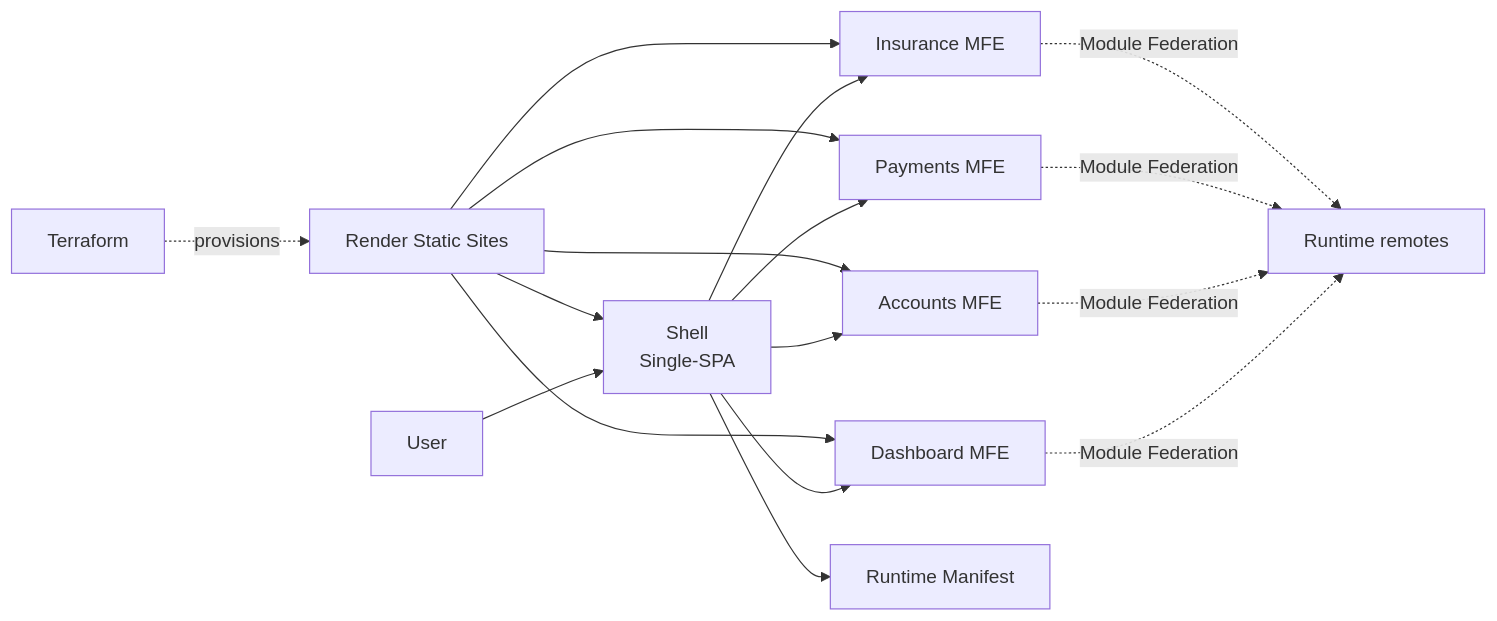
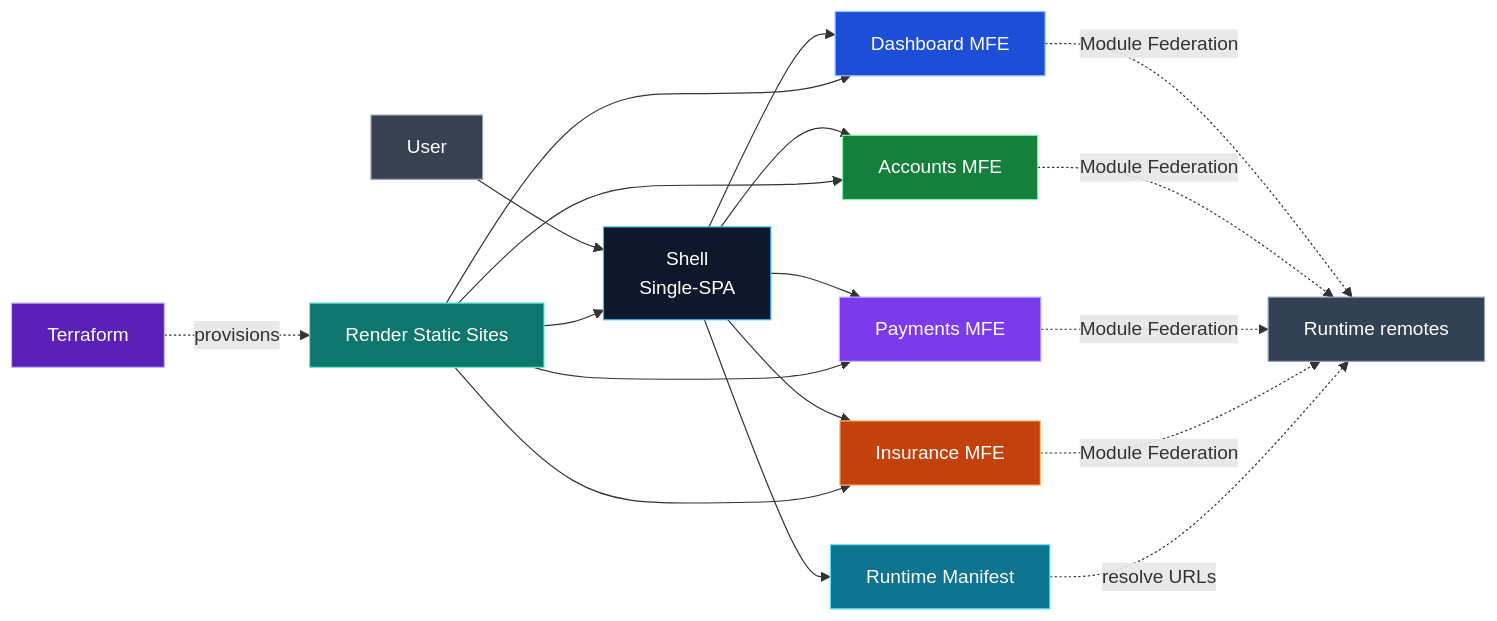
The first of 2 diagrams in README.en.md (Joseafs/financial-mfe-hub), drawn with Mermaid before and after one commit. The commit also changed other lines of this file and 1 other file, not shown here.

````diff
--- a/README.en.md
+++ b/README.en.md
@@ -40,23 +42,46 @@
 ```mermaid
 flowchart LR
   User["User"] --> Shell["Shell\nSingle-SPA"]
 
   Shell --> Dashboard["Dashboard MFE"]
   Shell --> Accounts["Accounts MFE"]
   Shell --> Payments["Payments MFE"]
   Shell --> Insurance["Insurance MFE"]
 
   Dashboard -. "Module Federation" .-> Runtime["Runtime remotes"]
   Accounts -. "Module Federation" .-> Runtime
   Payments -. "Module Federation" .-> Runtime
   Insurance -. "Module Federation" .-> Runtime
 
   Shell --> Manifest["Runtime Manifest"]
+  Manifest -. "resolve URLs" .-> Runtime
 
   Terraform["Terraform"] -. "provisions" .-> Render["Render Static Sites"]
   Render --> Shell
   Render --> Dashboard
   Render --> Accounts
   Render --> Payments
   Render --> Insurance
+
+  classDef user fill:#374151,stroke:#9CA3AF,color:#FFFFFF;
+  classDef render fill:#0F766E,stroke:#5EEAD4,color:#FFFFFF;
+  classDef shell fill:#0F172A,stroke:#38BDF8,color:#FFFFFF;
+  classDef dashboard fill:#1D4ED8,stroke:#93C5FD,color:#FFFFFF;
+  classDef accounts fill:#15803D,stroke:#86EFAC,color:#FFFFFF;
+  classDef payments fill:#7C3AED,stroke:#C4B5FD,color:#FFFFFF;
+  classDef insurance fill:#C2410C,stroke:#FDBA74,color:#FFFFFF;
+  classDef runtime fill:#334155,stroke:#94A3B8,color:#FFFFFF;
+  classDef manifest fill:#0E7490,stroke:#67E8F9,color:#FFFFFF;
+  classDef terraform fill:#5B21B6,stroke:#C4B5FD,color:#FFFFFF;
+
+  class User user;
+  class Render render;
+  class Shell shell;
+  class Dashboard dashboard;
+  class Accounts accounts;
+  class Payments payments;
+  class Insurance insurance;
+  class Runtime runtime;
+  class Manifest manifest;
+  class Terraform terraform;
 ```
````
